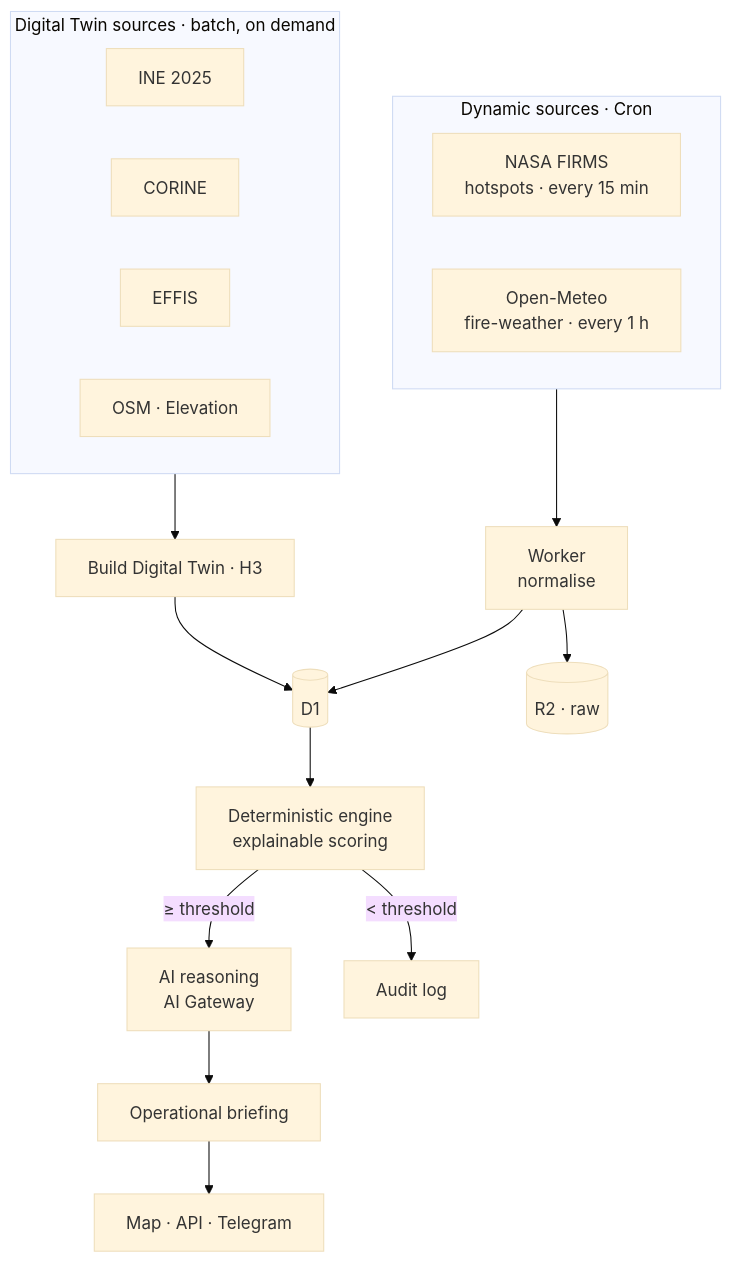
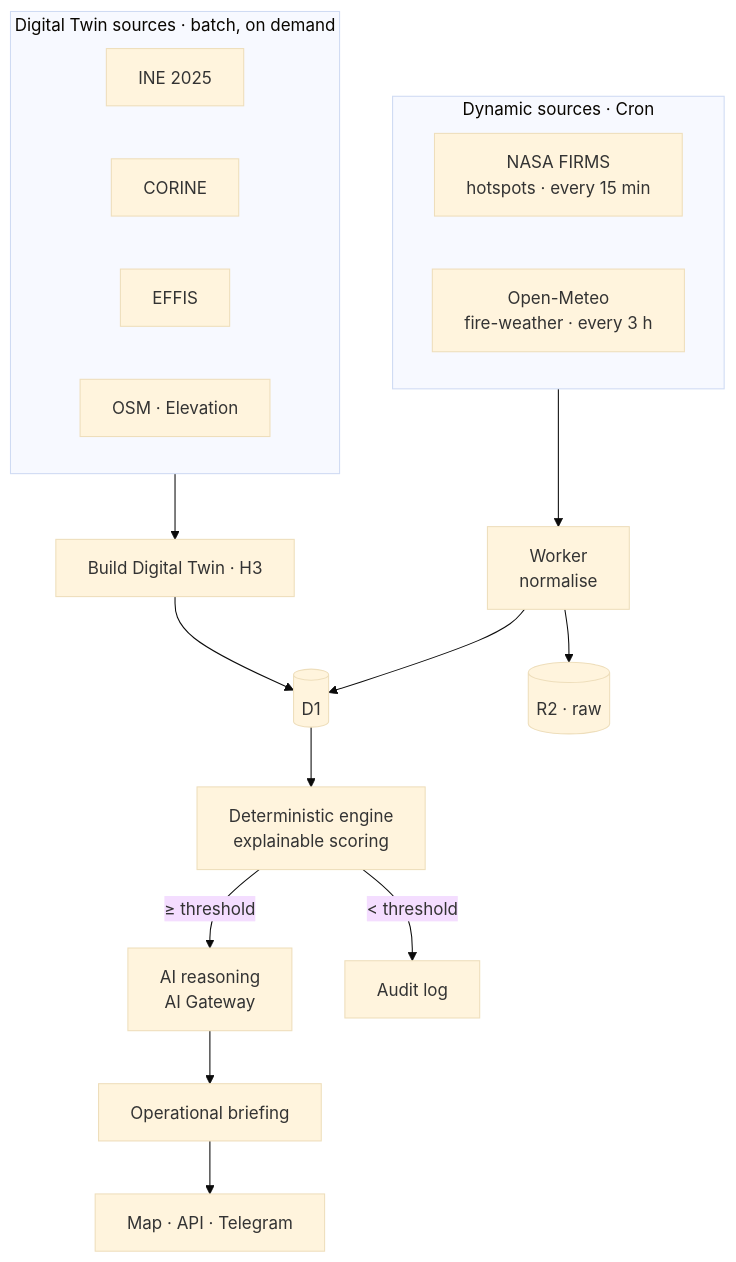
The diagram in docs/architecture.md (dromerosm/geospatial-intelligent-platform), drawn with Mermaid (base theme) before and after one commit. The commit also changed other lines of this file and 10 other files, not shown here.

First line of the commit message:
Fire weather: 3h cadence, surface-uniform grid clipped to Aragón, on-demand plan

````diff
--- a/docs/architecture.md
+++ b/docs/architecture.md
@@ -8,25 +8,25 @@
 ```mermaid
 flowchart TB
   subgraph DYN["Dynamic sources · Cron"]
     direction LR
     FIRMS["NASA FIRMS<br/>hotspots · every 15 min"]
-    METEO["Open-Meteo<br/>fire-weather · every 1 h"]
+    METEO["Open-Meteo<br/>fire-weather · every 3 h"]
   end
   subgraph SRC["Digital Twin sources · batch, on demand"]
     direction LR
     INE["INE 2025"]
     CLC["CORINE"]
     EFFIS["EFFIS"]
     OSM["OSM · Elevation"]
   end
   DYN --> WK["Worker<br/>normalise"]
   WK --> D1[("D1")]
   WK --> R2[("R2 · raw")]
   SRC --> BLD["Build Digital Twin · H3"]
   BLD --> D1
   D1 --> DET["Deterministic engine<br/>explainable scoring"]
   DET -->|"≥ threshold"| AIG["AI reasoning<br/>AI Gateway"]
   DET -->|"< threshold"| AUD["Audit log"]
   AIG --> BR["Operational briefing"]
   BR --> OPS["Map · API · Telegram"]
 ```
````
